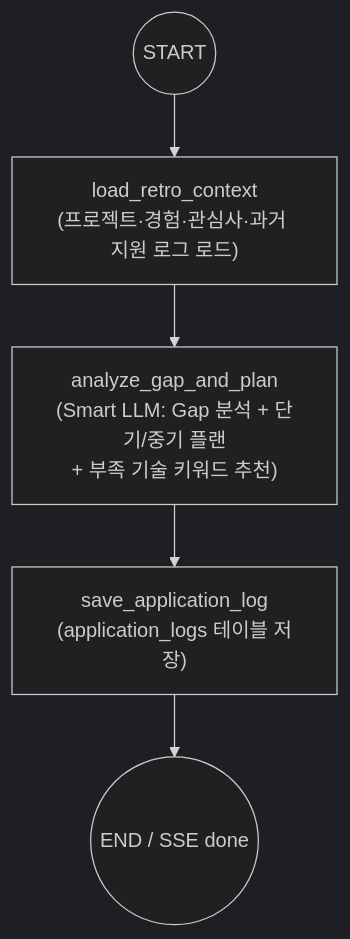
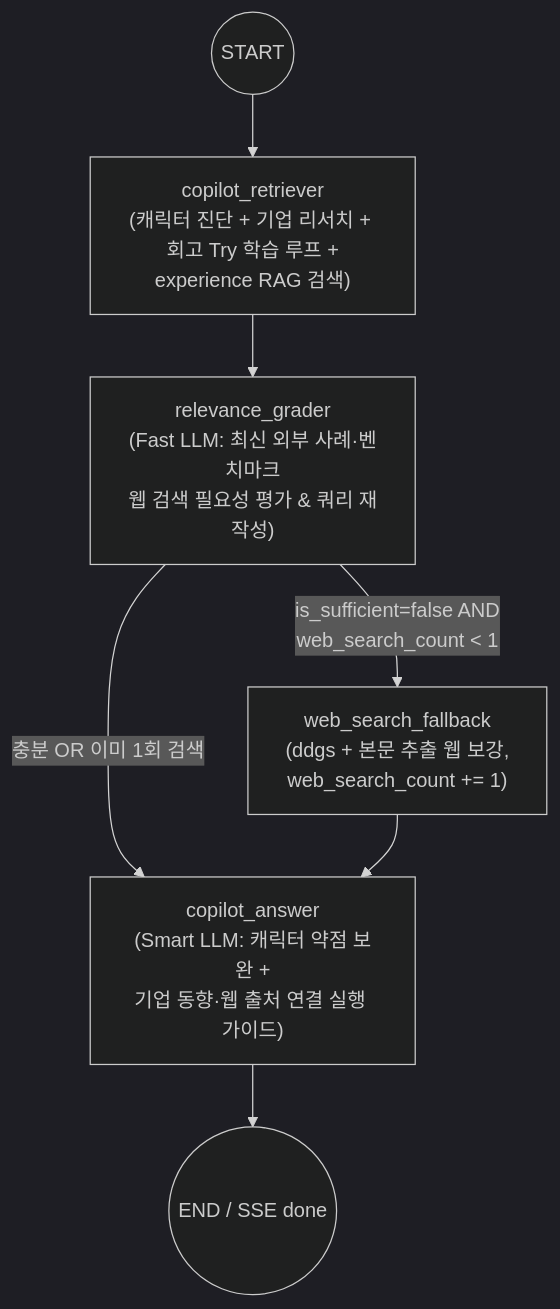
Before and after one commit to KASOP0306/write-on-vibe-lab: the sixth of 6 diagrams in WORKFLOWS.md, drawn with Mermaid (dark theme). The commit also changed other lines of this file and 3 other files, not shown here.

Commit message:
docs: update README, ARCHITECTURE, WORKFLOWS, and DEPLOY_EC2 to latest 7-page architecture

````diff
--- a/WORKFLOWS.md
+++ b/WORKFLOWS.md
@@ -147,7 +179,9 @@
 ```mermaid
 flowchart TD
-    S((START)) --> LOAD["load_retro_context\n(프로젝트·경험·관심사·과거 지원 로그 로드)"]
-    LOAD --> PLAN["analyze_gap_and_plan\n(Smart LLM: Gap 분석 + 단기/중기 플랜\n+ 부족 기술 키워드 추천)"]
-    PLAN --> SAVE["save_application_log\n(application_logs 테이블 저장)"]
-    SAVE --> E((END / SSE done))
+    S((START)) --> RET["copilot_retriever\n(캐릭터 진단 + 기업 리서치 + 회고 Try 학습 루프 +\nexperience RAG 검색)"]
+    RET --> GRADE["relevance_grader\n(Fast LLM: 최신 외부 사례·벤치마크\n웹 검색 필요성 평가 & 쿼리 재작성)"]
+    GRADE -->|"is_sufficient=false AND\nweb_search_count < 1"| WEB["web_search_fallback\n(ddgs + 본문 추출 웹 보강,\nweb_search_count += 1)"]
+    GRADE -->|"충분 OR 이미 1회 검색"| ANS["copilot_answer\n(Smart LLM: 캐릭터 약점 보완 +\n기업 동향·웹 출처 연결 실행 가이드)"]
+    WEB --> ANS
+    ANS --> E((END / SSE done))
 ```
````
